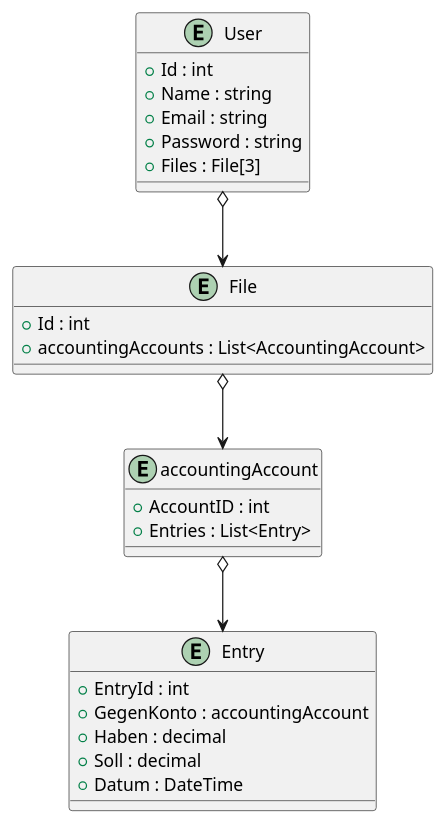
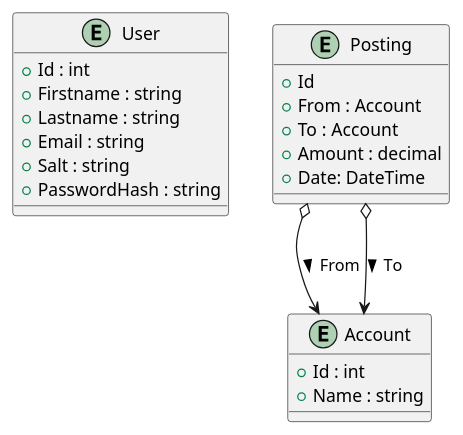
One commit to Machsiim/htldesk changed the diagram in htldesk/model.puml. Above: the diagram before and after it, drawn with PlantUML. The commit also changed 12 other files, not shown here.

```diff
--- a/htldesk/model.puml
+++ b/htldesk/model.puml
@@ -1,36 +1,28 @@
 @startuml "Model"
 
 entity User {
+    + Id : int
+    + Firstname : string
+    + Lastname : string
+    + Email : string
+    + Salt : string
+    + PasswordHash : string
+}
 
+entity Account {
     + Id : int
     + Name : string
-    + Email : string
-    + Password : string
-    + Files : File[3]
 }
 
-entity File {
-    + Id : int
-    + accountingAccounts : List<AccountingAccount>
+entity Posting {
+    + Id
+    + From : Account
+    + To : Account
+    + Amount : decimal
+    + Date: DateTime
 }
 
-entity accountingAccount {
-        + AccountID : int
-        + Entries : List<Entry>
-}
-
-entity Entry {
-    + EntryId : int
-    + GegenKonto : accountingAccount
-    + Haben : decimal
-    + Soll : decimal
-    + Datum : DateTime
-}
-
-User o--> File 
-
-File o--> accountingAccount 
-
-accountingAccount o--> Entry 
+Posting o--> Account : "> From"
+Posting o--> Account : "> To"
 
 @enduml
```
